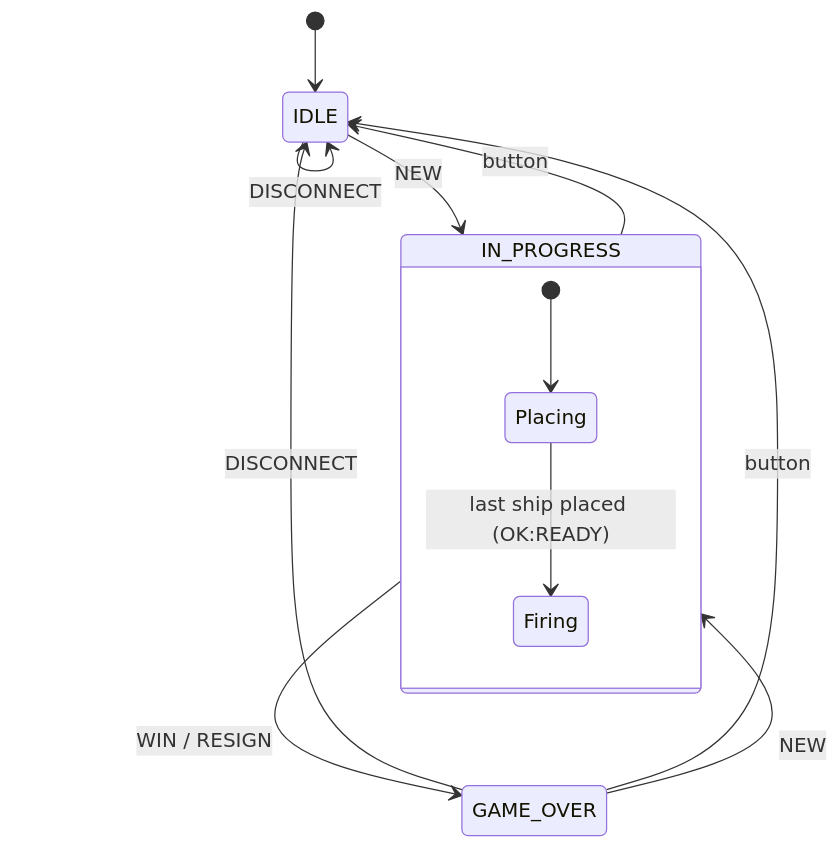
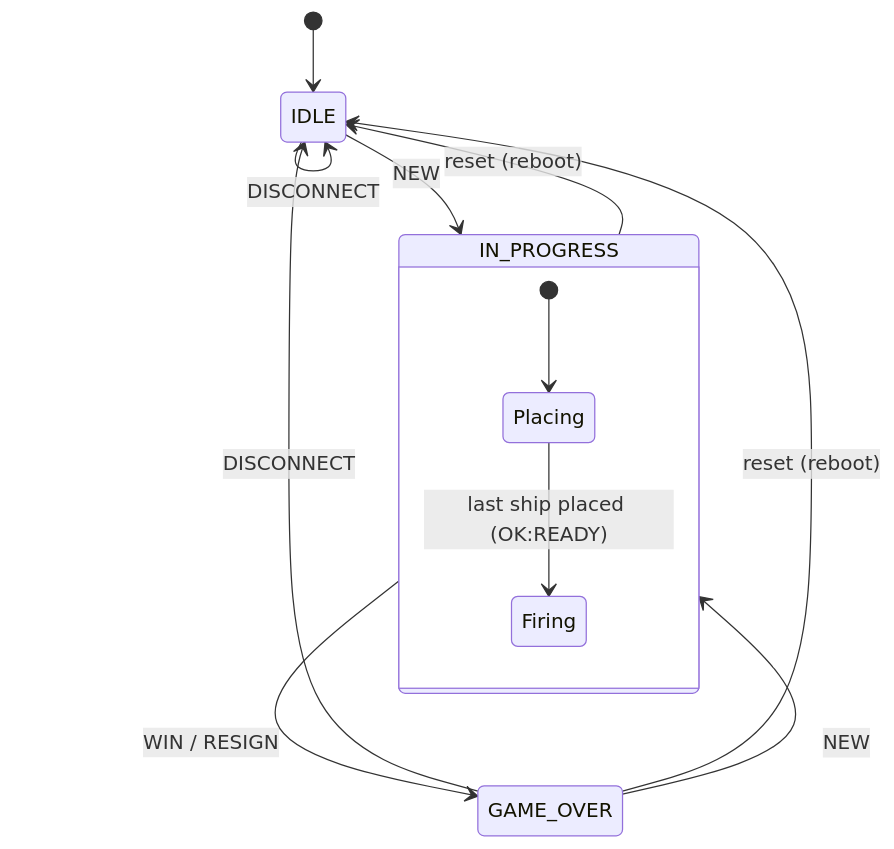
One commit to DnA-IntRicate/battleship changed the first of 2 diagrams in docs/protocol.md. Above: the diagram before and after it, drawn with Mermaid. The commit also changed other lines of this file, not shown here.

First line of the commit message:
Document the hardware reset instead of a user button

````diff
--- a/docs/protocol.md
+++ b/docs/protocol.md
@@ -124,15 +124,15 @@
 ```mermaid
 stateDiagram-v2
     [*] --> IDLE
     IDLE --> IN_PROGRESS : NEW
     state IN_PROGRESS {
         [*] --> Placing
         Placing --> Firing : last ship placed (OK:READY)
     }
     IN_PROGRESS --> GAME_OVER : WIN / RESIGN
     GAME_OVER --> IN_PROGRESS : NEW
     GAME_OVER --> IDLE : DISCONNECT
     IDLE --> IDLE : DISCONNECT
-    IN_PROGRESS --> IDLE : button
-    GAME_OVER --> IDLE : button
+    IN_PROGRESS --> IDLE : reset (reboot)
+    GAME_OVER --> IDLE : reset (reboot)
 ```
````
